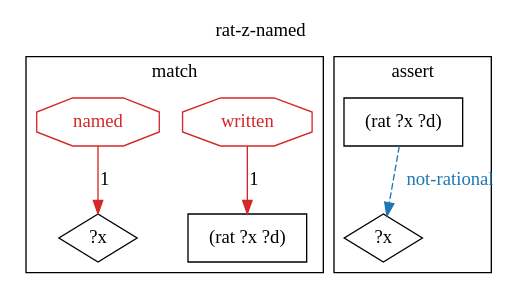
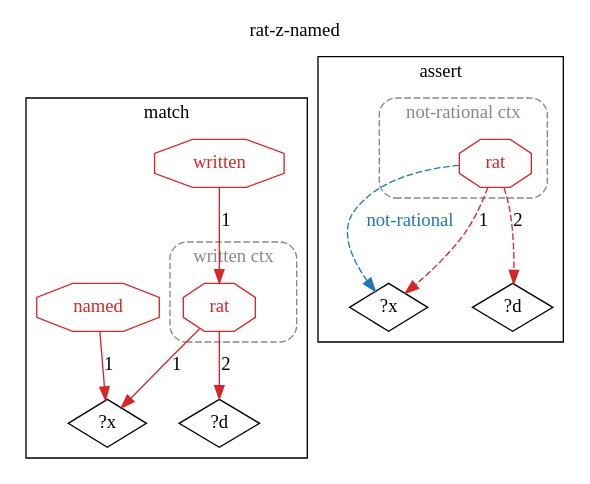
Before and after one commit to agutikov/ein: the diagram in docs/ein/user/04-reference/04-stdlib/diagrams/13-std.math.rat.rat-z-named.dot, drawn with Graphviz. The commit also changed 691 other files, not shown here.

```diff
--- a/docs/ein/user/04-reference/04-stdlib/diagrams/13-std.math.rat.rat-z-named.dot
+++ b/docs/ein/user/04-reference/04-stdlib/diagrams/13-std.math.rat.rat-z-named.dot
@@ -1,17 +1,29 @@
 digraph rule_rat_z_named_lhs_rhs {
   rankdir=TB;
   label="rat-z-named"; labelloc=t;
   subgraph cluster_lhs { label="match";
-    "(rat ?x ?d)_L" [label="(rat ?x ?d)", shape=rectangle];
     "?x_L" [label="?x", shape=diamond];
+    "?d_L" [label="?d", shape=diamond];
+    subgraph cluster_ctx_L_0 {
+      label="written ctx"; style="dashed,rounded"; color="#888888"; fontcolor="#888888";
+      "(rat ?x ?d)_L" [shape=octagon, label="rat", color="#d62728", fontcolor="#d62728"];
+    }
     "h1_written_L" [shape=octagon, label="written", color="#d62728", fontcolor="#d62728"];
     "h1_written_L" -> "(rat ?x ?d)_L" [label="1", color="#d62728"];
     "h2_named_L" [shape=octagon, label="named", color="#d62728", fontcolor="#d62728"];
     "h2_named_L" -> "?x_L" [label="1", color="#d62728"];
+    "(rat ?x ?d)_L" -> "?x_L" [label="1", color="#d62728"];
+    "(rat ?x ?d)_L" -> "?d_L" [label="2", color="#d62728"];
   }
   subgraph cluster_rhs { label="assert";
-    "(rat ?x ?d)_R" [label="(rat ?x ?d)", shape=rectangle];
     "?x_R" [label="?x", shape=diamond];
+    "?d_R" [label="?d", shape=diamond];
+    subgraph cluster_ctx_R_0 {
+      label="not-rational ctx"; style="dashed,rounded"; color="#888888"; fontcolor="#888888";
+      "(rat ?x ?d)_R" [shape=octagon, label="rat", color="#d62728", fontcolor="#d62728"];
+    }
     "(rat ?x ?d)_R" -> "?x_R" [label="not-rational", color="#1f77b4", fontcolor="#1f77b4", style=dashed];
+    "(rat ?x ?d)_R" -> "?x_R" [label="1", color="#d62728", style=dashed];
+    "(rat ?x ?d)_R" -> "?d_R" [label="2", color="#d62728", style=dashed];
   }
 }
```
